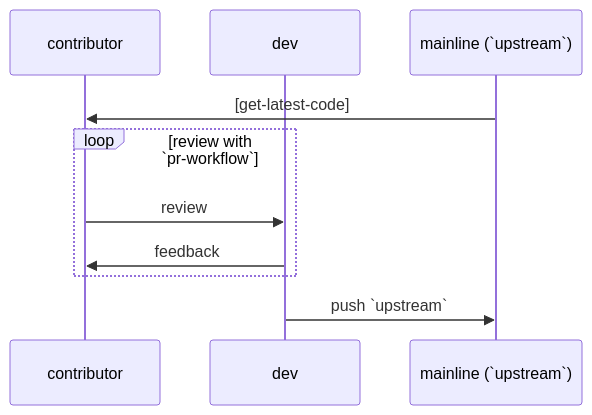
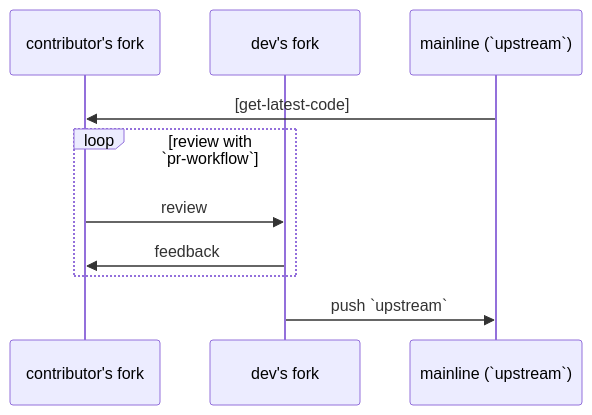
The second of 4 diagrams in workflows/cwntflow_trunk_based.md (cwnt-io/mgmt), drawn with Mermaid before and after one commit. The commit also changed other lines of this file, not shown here.

````diff
--- a/workflows/cwntflow_trunk_based.md
+++ b/workflows/cwntflow_trunk_based.md
@@ -68,13 +68,13 @@
 ```mermaid
 sequenceDiagram
-participant C as contributor
-participant D as dev
+participant C as contributor's fork
+participant D as dev's fork
 participant M as mainline (`upstream`)
 
 M ->> C: [get-latest-code]
 loop review with `pr-workflow`
   C ->> D: review
   D ->> C: feedback
 end
 D ->> M: push `upstream`
 ```
````
